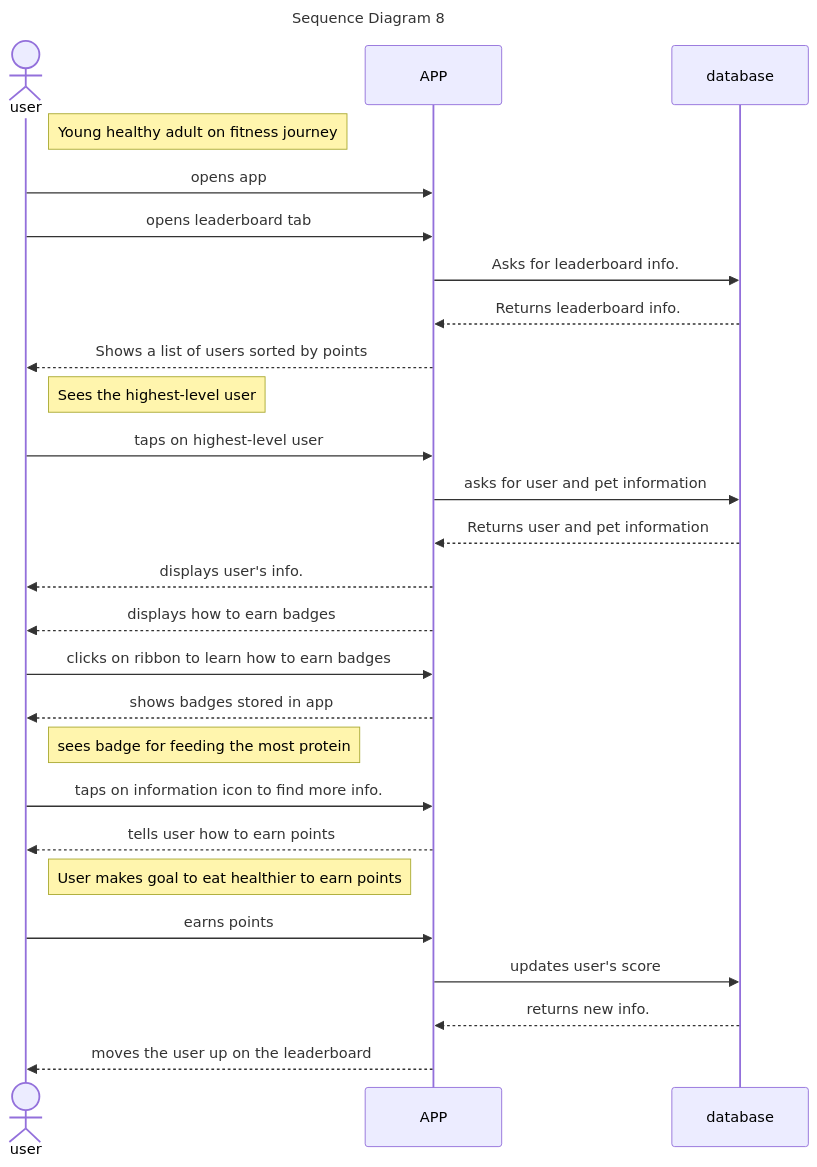
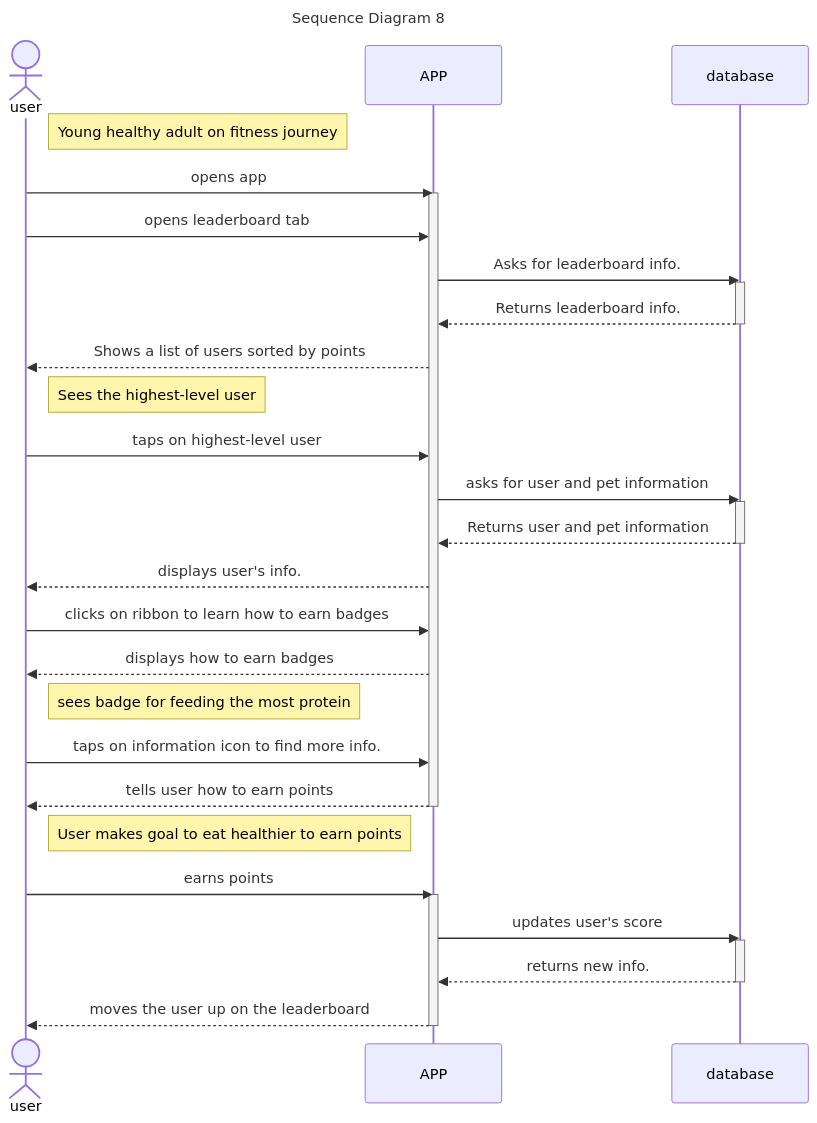
The eighth of 8 diagrams in documentation/docs/system-architecture/sequence-diagrams.md (Capstone-Projects-2023-Fall/project-ar-pet-pals), drawn with Mermaid before and after one commit. The commit also changed other lines of this file, not shown here.

Commit message:
edit sequence diagrams

````diff
--- a/documentation/docs/system-architecture/sequence-diagrams.md
+++ b/documentation/docs/system-architecture/sequence-diagrams.md
@@ -298,45 +349,47 @@
 ```mermaid
 sequenceDiagram
     title Sequence Diagram 8
 
     actor user
 
     Note right of user: Young healthy adult on fitness journey
 
     user->>APP: opens app
+    activate APP
     user->>APP: opens leaderboard tab
 
     APP->>database: Asks for leaderboard info.
+    activate database
     database-->>APP: Returns leaderboard info.
-
+    deactivate database
     APP-->>user: Shows a list of users sorted by points
 
     Note right of user: Sees the highest-level user
 
     user->>APP: taps on highest-level user
 
     APP->>database: asks for user and pet information
+    activate database
     database-->>APP: Returns user and pet information
-
+    deactivate database
     APP-->>user: displays user's info.
+    user->>APP: clicks on ribbon to learn how to earn badges
     APP-->>user: displays how to earn badges
-
-    user->>APP: clicks on ribbon to learn how to earn badges
-
-    APP-->>user: shows badges stored in app
 
     Note right of user: sees badge for feeding the most protein
 
     user->>APP: taps on information icon to find more info.
     APP-->>user: tells user how to earn points
-
+    deactivate APP
 
     Note right of user: User makes goal to eat healthier to earn points
 
     user->>APP: earns points
+    activate APP
     APP->>database: updates user's score
+    activate database
     database-->>APP: returns new info.
-
+    deactivate database
     APP-->>user: moves the user up on the leaderboard
-
+    deactivate APP
 ```
````
